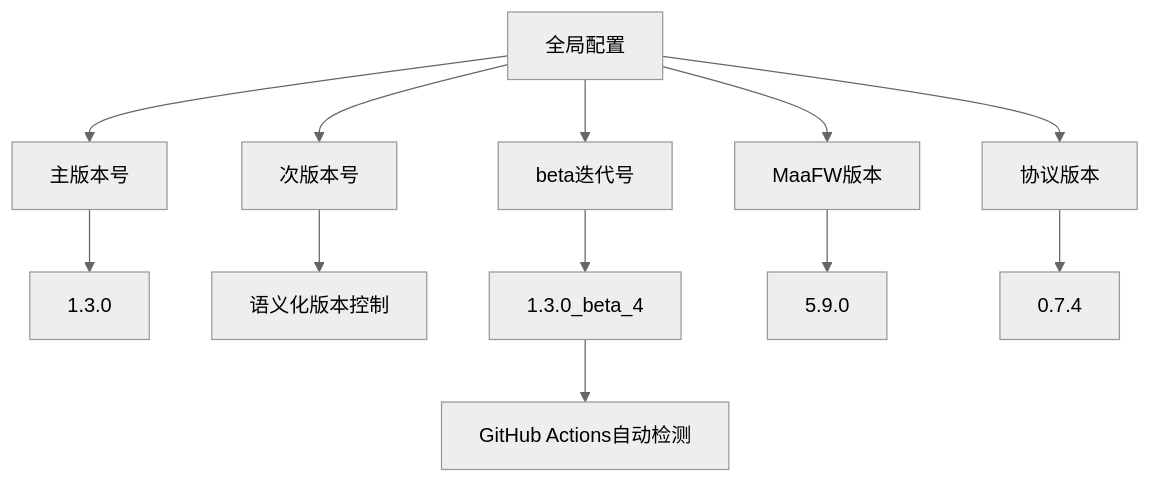
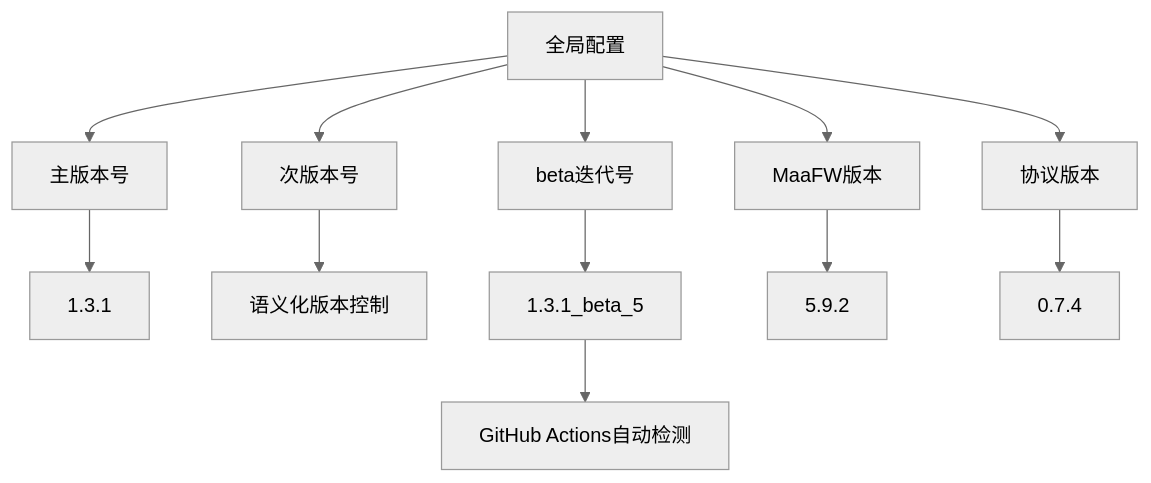
Diagram 16 of 17 in .qoder/repowiki/zh/content/Config Store.md (kqcoxn/MaaPipelineEditor), drawn with Mermaid (neutral theme) before and after one commit. The commit also changed other lines of this file and 22 other files, not shown here.

````diff
--- a/.qoder/repowiki/zh/content/Config Store.md
+++ b/.qoder/repowiki/zh/content/Config Store.md
@@ -650,14 +819,14 @@
 ```mermaid
 flowchart TD
 A[全局配置] --> B[主版本号]
 A --> C[次版本号]
 A --> D[beta迭代号]
 A --> E[MaaFW版本]
 A --> F[协议版本]
-B --> G[1.3.0]
+B --> G[1.3.1]
 C --> H[语义化版本控制]
-D --> I[1.3.0_beta_4]
-E --> J[5.9.0]
+D --> I[1.3.1_beta_5]
+E --> J[5.9.2]
 F --> K[0.7.4]
 I --> L[GitHub Actions自动检测]
 ```
````
